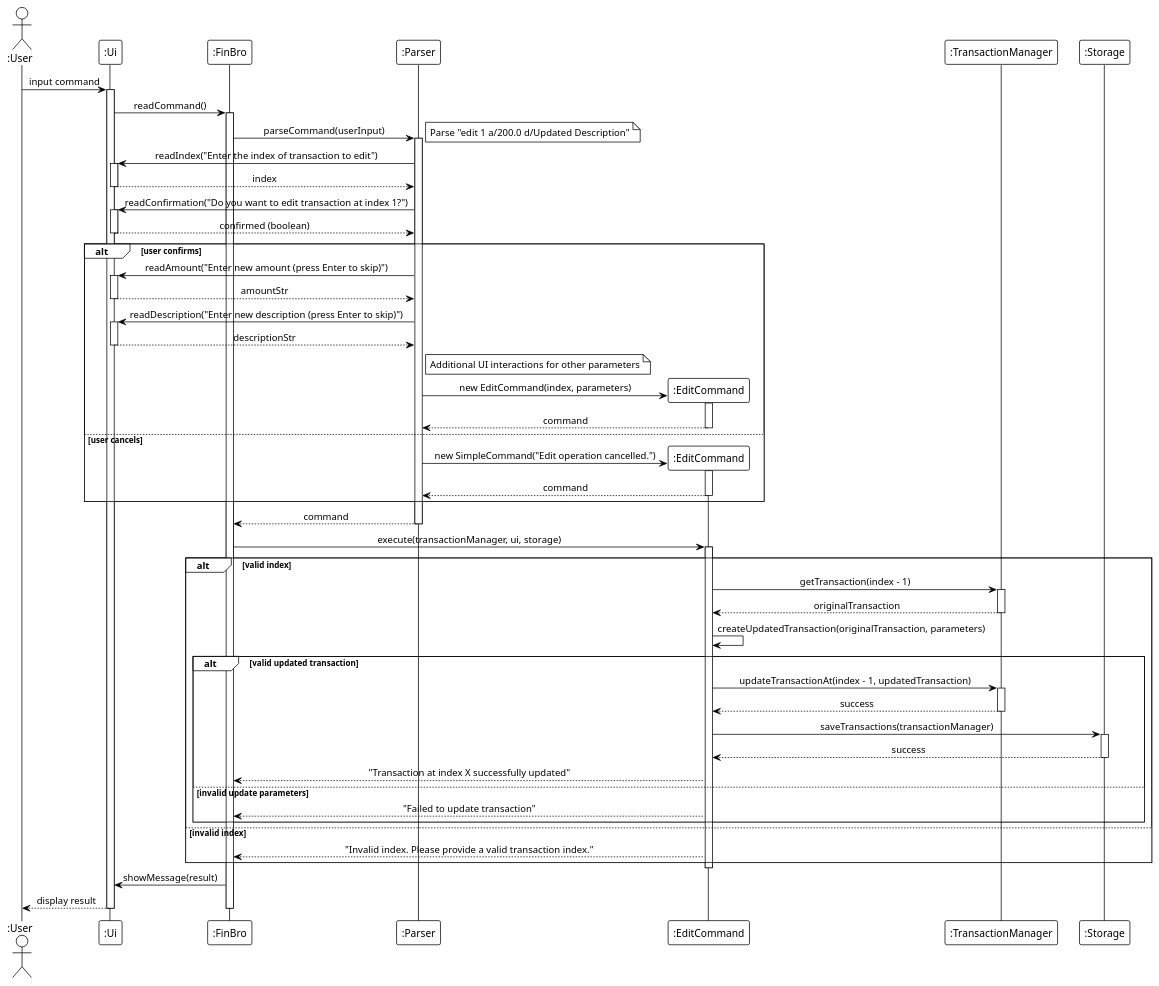
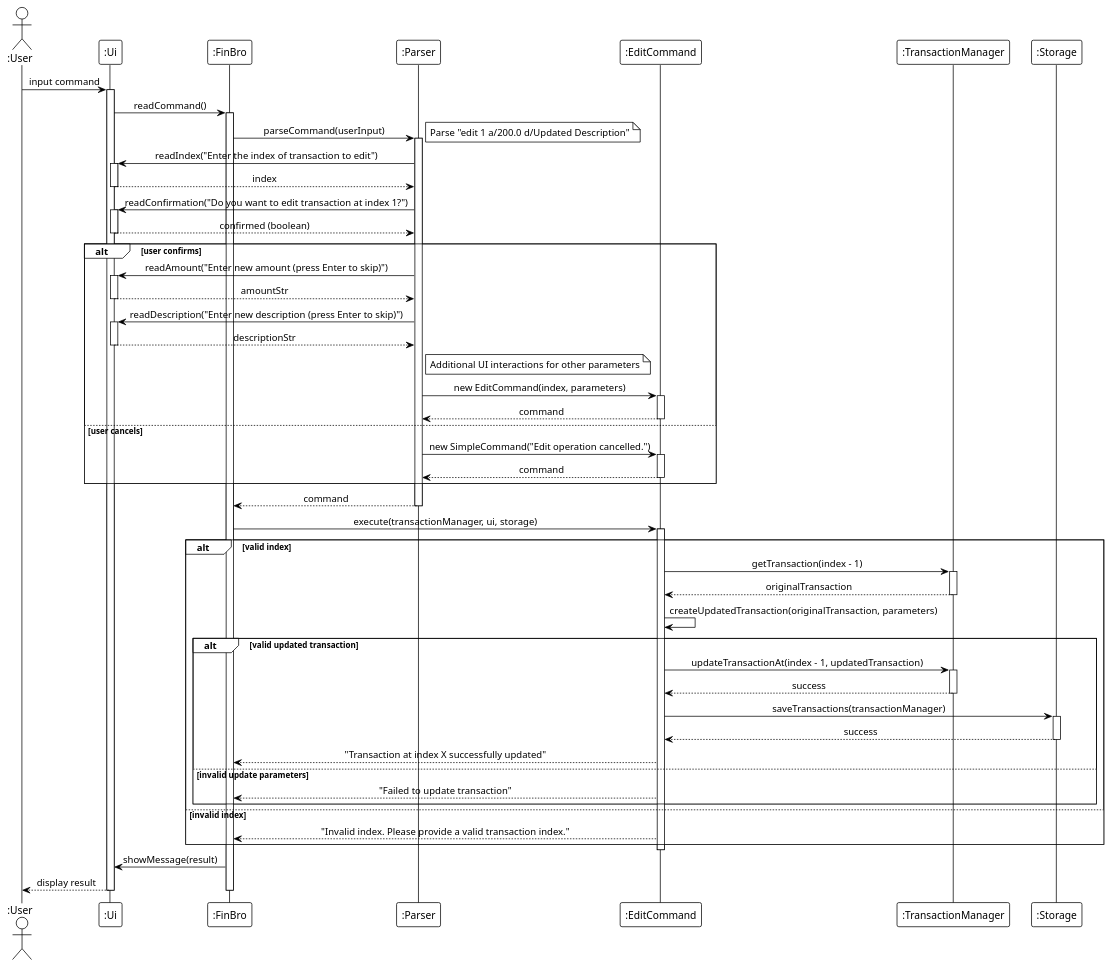
Before and after one commit to laitcanard05/tp: the diagram in docs/diagrams/puml/sequence/sequence-edit.puml, drawn with PlantUML. The commit also changed 7 other files, not shown here.

Commit message:
fix diagrams

```diff
--- a/docs/diagrams/puml/sequence/sequence-edit.puml
+++ b/docs/diagrams/puml/sequence/sequence-edit.puml
@@ -1,98 +1,99 @@
 @startuml
 !theme plain
 skinparam sequenceMessageAlign center
 skinparam responseMessageBelowArrow true
 
 actor ":User" as User
 participant ":Ui" as UI
 participant ":FinBro" as FinBro
 participant ":Parser" as Parser
 participant ":EditCommand" as EditCommand
 participant ":TransactionManager" as TransactionMgr
 participant ":Storage" as Storage
 
 User -> UI : input command
 activate UI
 
 UI -> FinBro : readCommand()
 activate FinBro
 
 FinBro -> Parser : parseCommand(userInput)
 activate Parser
+
 note right: Parse "edit 1 a/200.0 d/Updated Description"
 
 Parser -> UI : readIndex("Enter the index of transaction to edit")
 activate UI
 UI --> Parser : index
 deactivate UI
 
 Parser -> UI : readConfirmation("Do you want to edit transaction at index 1?")
 activate UI
 UI --> Parser : confirmed (boolean)
 deactivate UI
 
 alt user confirms
     Parser -> UI : readAmount("Enter new amount (press Enter to skip)")
     activate UI
     UI --> Parser : amountStr
     deactivate UI
 
     Parser -> UI : readDescription("Enter new description (press Enter to skip)")
     activate UI
     UI --> Parser : descriptionStr
     deactivate UI
 
     note right of Parser: Additional UI interactions for other parameters
 
-    Parser -> EditCommand** : new EditCommand(index, parameters)
+    Parser -> EditCommand : new EditCommand(index, parameters)
     activate EditCommand
     EditCommand --> Parser : command
     deactivate EditCommand
 else user cancels
-    Parser -> EditCommand** : new SimpleCommand("Edit operation cancelled.")
+    Parser -> EditCommand : new SimpleCommand("Edit operation cancelled.")
     activate EditCommand
     EditCommand --> Parser : command
     deactivate EditCommand
 end
 
 Parser --> FinBro : command
 deactivate Parser
 
 FinBro -> EditCommand : execute(transactionManager, ui, storage)
 activate EditCommand
 
 alt valid index
     EditCommand -> TransactionMgr : getTransaction(index - 1)
     activate TransactionMgr
     TransactionMgr --> EditCommand : originalTransaction
     deactivate TransactionMgr
 
     EditCommand -> EditCommand : createUpdatedTransaction(originalTransaction, parameters)
 
     alt valid updated transaction
         EditCommand -> TransactionMgr : updateTransactionAt(index - 1, updatedTransaction)
         activate TransactionMgr
         TransactionMgr --> EditCommand : success
         deactivate TransactionMgr
 
         EditCommand -> Storage : saveTransactions(transactionManager)
         activate Storage
         Storage --> EditCommand : success
         deactivate Storage
 
         EditCommand --> FinBro : "Transaction at index X successfully updated"
     else invalid update parameters
         EditCommand --> FinBro : "Failed to update transaction"
     end
 else invalid index
     EditCommand --> FinBro : "Invalid index. Please provide a valid transaction index."
 end
 
 deactivate EditCommand
 
 FinBro -> UI : showMessage(result)
 UI --> User : display result
 deactivate UI
 deactivate FinBro
 
 @enduml
```
